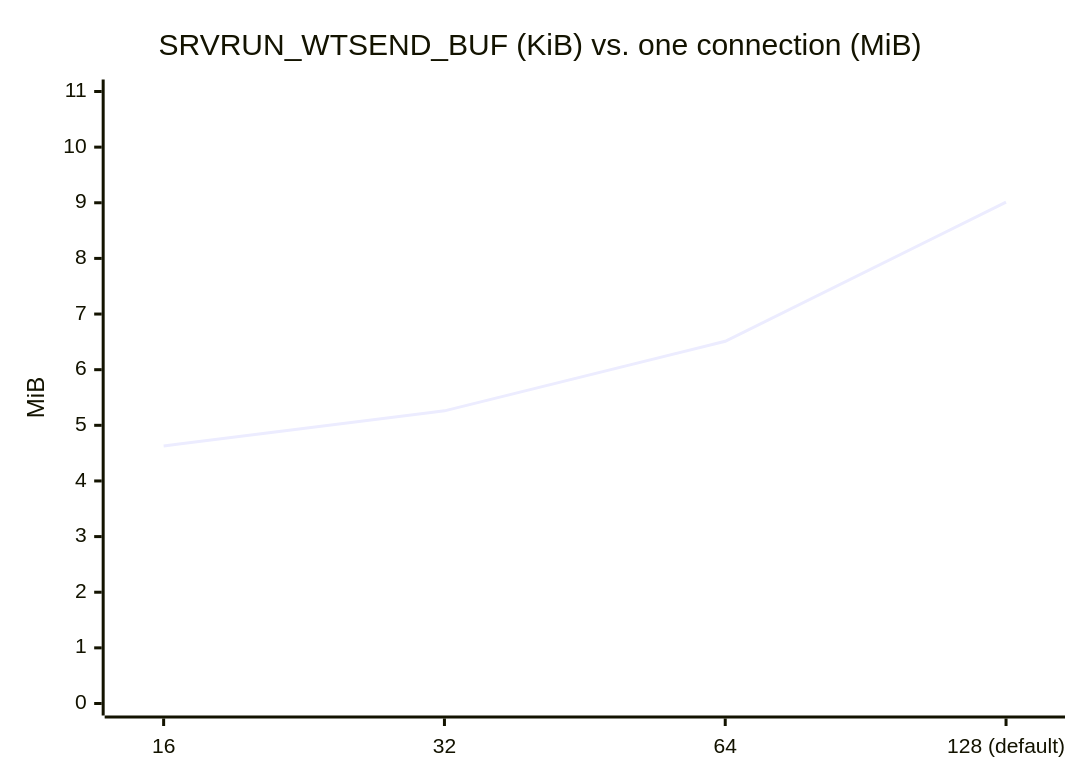
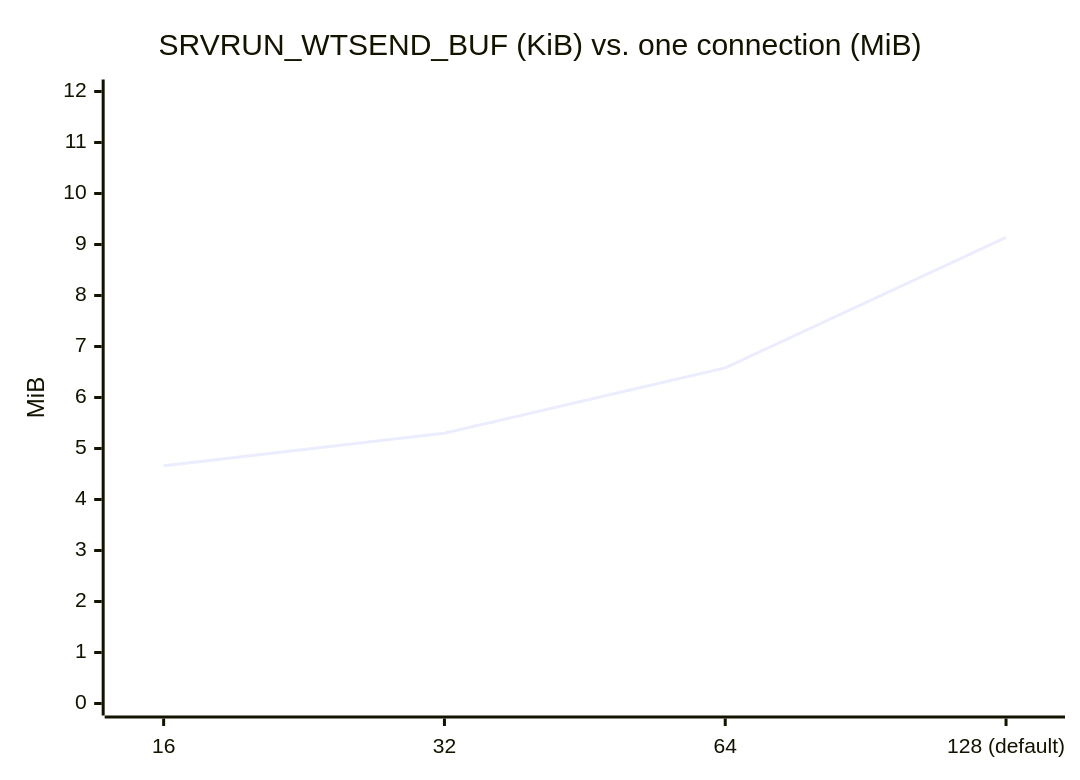
The third of 9 diagrams in docs/architecture/memory.md (Hakkadaikon/wired), drawn with Mermaid before and after one commit. The commit also changed other lines of this file and 5 other files, not shown here.

````diff
--- a/docs/architecture/memory.md
+++ b/docs/architecture/memory.md
@@ -98,7 +98,7 @@
 ```mermaid
 xychart-beta
     title "SRVRUN_WTSEND_BUF (KiB) vs. one connection (MiB)"
     x-axis ["16", "32", "64", "128 (default)"]
-    y-axis "MiB" 0 --> 11
-    line [4.63, 5.26, 6.51, 9.01]
+    y-axis "MiB" 0 --> 12
+    line [4.66, 5.30, 6.58, 9.14]
 ```
````
